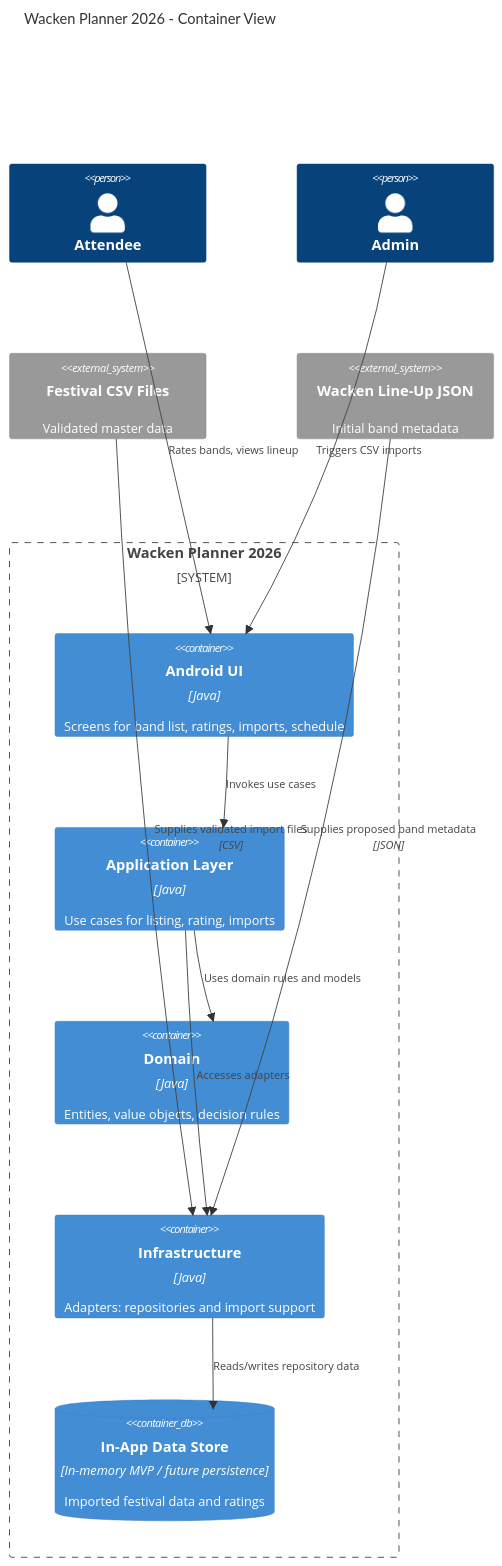
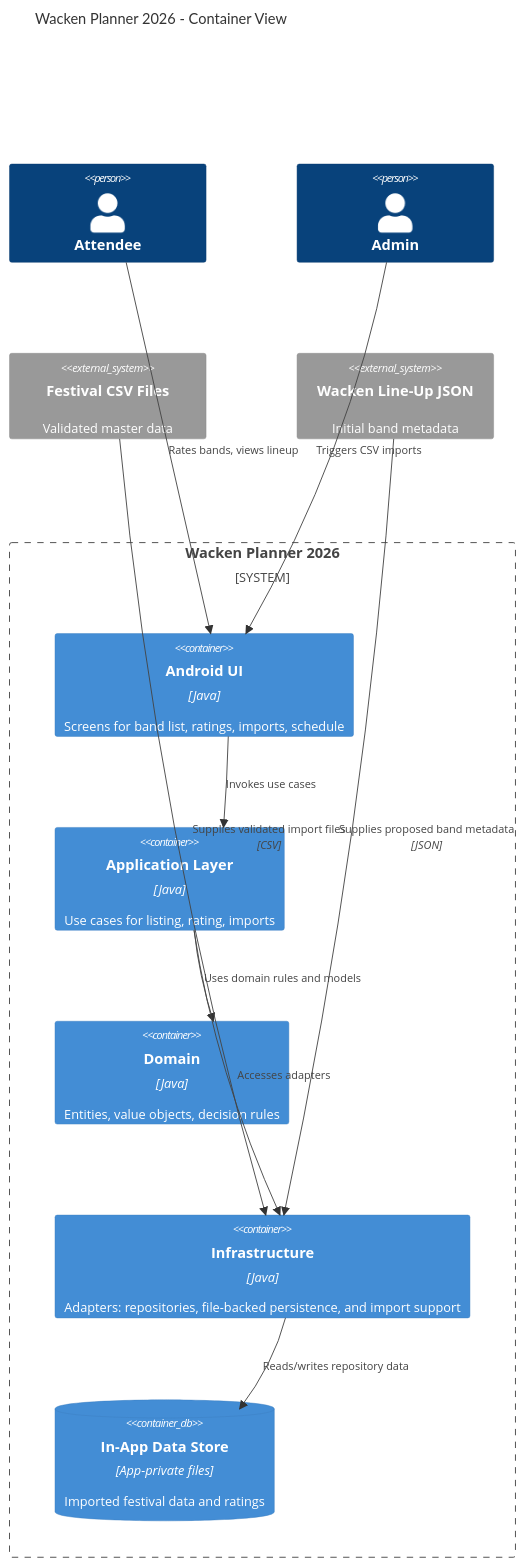
One commit to DinoDeWaen/wacken changed the third of 3 diagrams in README.md. Above: the diagram before and after it, drawn with Mermaid. The commit also changed other lines of this file and 13 other files, not shown here.

Commit message:
Add MVP local persistence

````diff
--- a/README.md
+++ b/README.md
@@ -76,25 +77,25 @@
 ```mermaid
 C4Container
     title Wacken Planner 2026 - Container View
     Person(attendee, "Attendee")
     Person(admin, "Admin")
     System_Ext(csvSource, "Festival CSV Files", "Validated master data")
     System_Ext(wackenSite, "Wacken Line-Up JSON", "Initial band metadata")
 
     System_Boundary(app, "Wacken Planner 2026") {
         Container(ui, "Android UI", "Java", "Screens for band list, ratings, imports, schedule")
         Container(appsvc, "Application Layer", "Java", "Use cases for listing, rating, imports")
         Container(domain, "Domain", "Java", "Entities, value objects, decision rules")
-        Container(infra, "Infrastructure", "Java", "Adapters: repositories and import support")
-        ContainerDb(data, "In-App Data Store", "In-memory MVP / future persistence", "Imported festival data and ratings")
+        Container(infra, "Infrastructure", "Java", "Adapters: repositories, file-backed persistence, and import support")
+        ContainerDb(data, "In-App Data Store", "App-private files", "Imported festival data and ratings")
     }
 
     Rel(attendee, ui, "Rates bands, views lineup")
     Rel(admin, ui, "Triggers CSV imports")
     Rel(ui, appsvc, "Invokes use cases")
     Rel(appsvc, domain, "Uses domain rules and models")
     Rel(appsvc, infra, "Accesses adapters")
     Rel(infra, data, "Reads/writes repository data")
     Rel(csvSource, infra, "Supplies validated import files", "CSV")
     Rel(wackenSite, infra, "Supplies proposed band metadata", "JSON")
 ```
````
